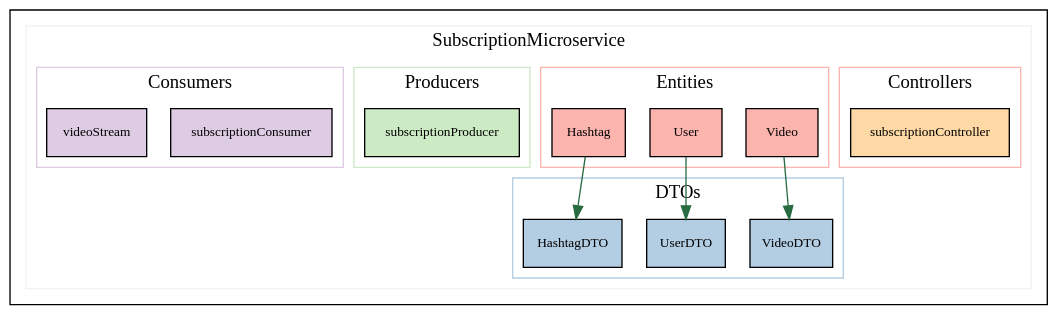
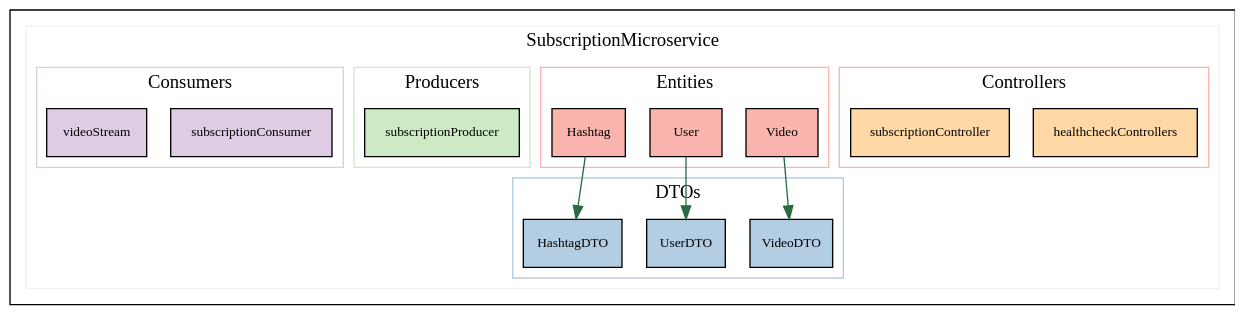
Before and after one commit to katie291100/eng2-project: the diagram in modeling/metamodel/gen/SubscriptionMicroservicemicroservice.gv, drawn with Graphviz. The commit also changed 33 other files, not shown here.

```diff
--- a/modeling/metamodel/gen/SubscriptionMicroservicemicroservice.gv
+++ b/modeling/metamodel/gen/SubscriptionMicroservicemicroservice.gv
@@ -1,88 +1,91 @@
 digraph G {
     node[shape=rectangle, colorscheme="pastel19", fontname=Tahoma, fontsize=10, style="filled",
         gradientangle="270", fillcolor="bisque"]
 	colorscheme="pastel19"
 	 subgraph microservice {
 	  	cluster=true;
 	    color="9";
 	    label="SubscriptionMicroservice"
 	    subgraph controllers {
 		    cluster=true;
 		    color="1";
 		    label="Controllers"
+			
+			    healthcheckControllers [fillcolor="5"]
+			   	
 			
 			    subscriptionController [fillcolor="5"]
 			   	
 		
 			
 		}
 		 subgraph entities {
 		    cluster=true;
 		    color="1";
 		    label="Entities"
 			
 			    Video [fillcolor="1"]
 			   	
 			    	
 			
 			    User [fillcolor="1"]
 			   	
 			    	
 			
 			    Hashtag [fillcolor="1"]
 			   	
 			    	
 		
 			
 		}
 		subgraph dtos {
 		    cluster=true;
 		    color="2";
 		    label="DTOs"
 			
 			    VideoDTO [label = "VideoDTO" fillcolor="2"]
 			    
 			
 			    UserDTO [label = "UserDTO" fillcolor="2"]
 			    
 			
 			    HashtagDTO [label = "HashtagDTO" fillcolor="2"]
 			    
 		
 			
 		}
 		subgraph producers {
 		    cluster=true;
 		    color="3";
 		    label="Producers"
 		    
 				
 			    subscriptionProducerProducer [label="subscriptionProducer" fillcolor="3"]
 			
 		}
 		subgraph consumers {
 		    cluster=true;
 		    color="4";
 		    label="Consumers"
 		    
 			    subscriptionConsumerConsumer [label = "subscriptionConsumer" fillcolor="4"]
 			    videoStreamConsumer [label = "videoStream" fillcolor="4"]
 		}
 			
 			    
 			    	Video -> VideoDTO [color="#2A6C41"]
 		
 			    	
 			
 			    
 			    	User -> UserDTO [color="#2A6C41"]
 		
 			    	
 			
 			    
 			    	Hashtag -> HashtagDTO [color="#2A6C41"]
 		
 			    	
 	
 	}
 }
```
